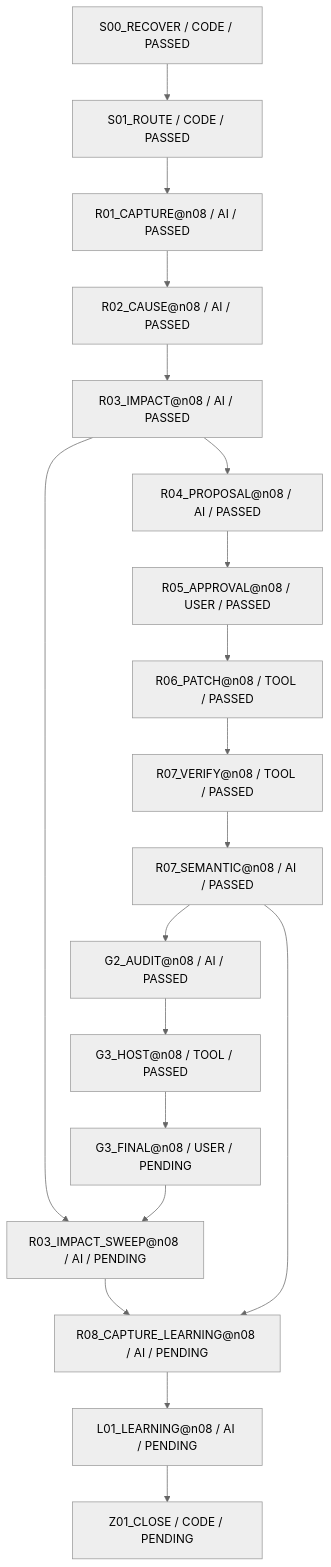
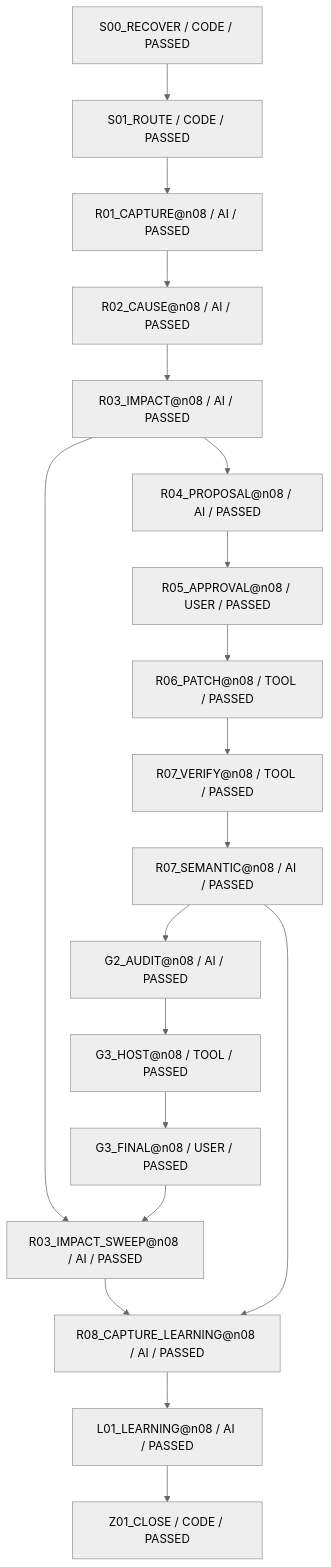
The diagram in work/items/W-MATH-033-n08-absolute-value/generated/BLOCK_FIRE_DIAGRAM.md (rrikunagasige-dot/kyotsu-step-web), drawn with Mermaid (neutral theme) before and after one commit. The commit also changed other lines of this file and 316 other files, not shown here.

````diff
--- a/work/items/W-MATH-033-n08-absolute-value/generated/BLOCK_FIRE_DIAGRAM.md
+++ b/work/items/W-MATH-033-n08-absolute-value/generated/BLOCK_FIRE_DIAGRAM.md
@@ -5,38 +5,38 @@
 ```mermaid
 flowchart TD
   N0["S00_RECOVER / CODE / PASSED"]
   N1["S01_ROUTE / CODE / PASSED"]
   N2["R01_CAPTURE@n08 / AI / PASSED"]
   N3["R02_CAUSE@n08 / AI / PASSED"]
   N4["R03_IMPACT@n08 / AI / PASSED"]
   N5["R04_PROPOSAL@n08 / AI / PASSED"]
   N6["R05_APPROVAL@n08 / USER / PASSED"]
   N7["R06_PATCH@n08 / TOOL / PASSED"]
   N8["R07_VERIFY@n08 / TOOL / PASSED"]
   N9["R07_SEMANTIC@n08 / AI / PASSED"]
   N10["G2_AUDIT@n08 / AI / PASSED"]
   N11["G3_HOST@n08 / TOOL / PASSED"]
-  N12["G3_FINAL@n08 / USER / PENDING"]
-  N13["R03_IMPACT_SWEEP@n08 / AI / PENDING"]
-  N14["R08_CAPTURE_LEARNING@n08 / AI / PENDING"]
-  N15["L01_LEARNING@n08 / AI / PENDING"]
-  N16["Z01_CLOSE / CODE / PENDING"]
+  N12["G3_FINAL@n08 / USER / PASSED"]
+  N13["R03_IMPACT_SWEEP@n08 / AI / PASSED"]
+  N14["R08_CAPTURE_LEARNING@n08 / AI / PASSED"]
+  N15["L01_LEARNING@n08 / AI / PASSED"]
+  N16["Z01_CLOSE / CODE / PASSED"]
   N10 --> N11
   N12 --> N13
   N11 --> N12
   N15 --> N16
   N2 --> N3
   N3 --> N4
   N4 --> N13
   N4 --> N5
   N13 --> N14
   N5 --> N6
   N6 --> N7
   N7 --> N8
   N9 --> N10
   N9 --> N14
   N8 --> N9
   N14 --> N15
   N0 --> N1
   N1 --> N2
 ```
````
